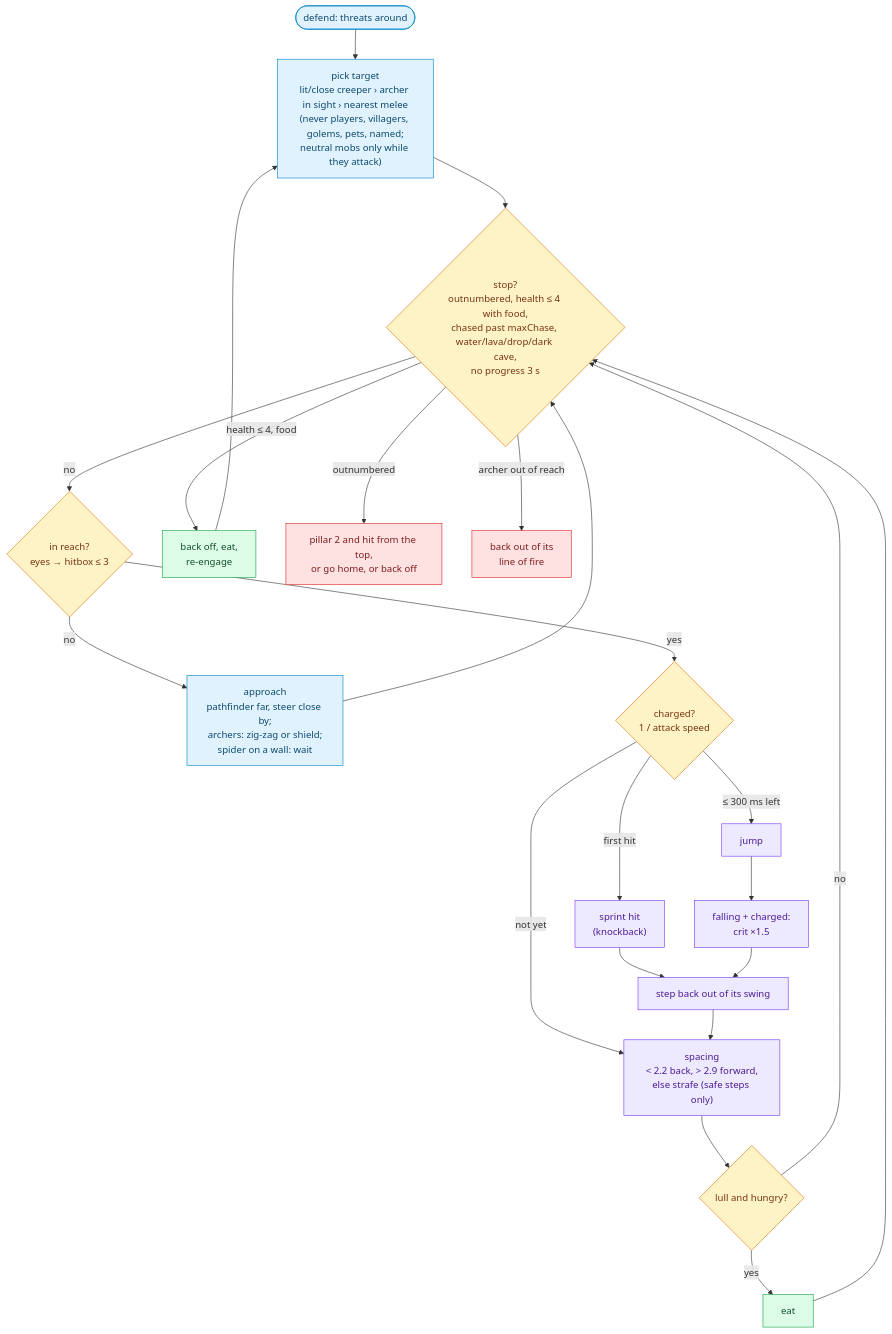
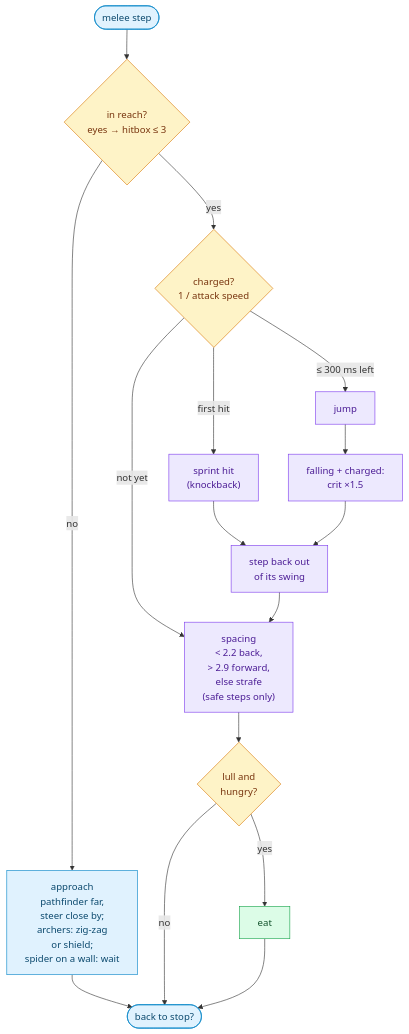
One commit to thereisnotime/golemkit changed the fourth of 5 diagrams in docs/concepts/world.md. Above: the diagram before and after it, drawn with Mermaid. The commit also changed other lines of this file and 20 other files, not shown here.

First line of the commit message:
Docs: replace the last ASCII diagrams with mermaid, make wide charts top-down to fit the column

````diff
--- a/docs/concepts/world.md
+++ b/docs/concepts/world.md
@@ -118,34 +150,26 @@
 ```mermaid
 flowchart TB
-  P(["defend: threats around"]) --> T["pick target<br/>lit/close creeper › archer in sight › nearest melee<br/>(never players, villagers, golems, pets, named;<br/>neutral mobs only while they attack)"]
-  T --> L{"stop?<br/>outnumbered, health ≤ 4 with food,<br/>chased past maxChase, water/lava/drop/dark cave,<br/>no progress 3 s"}
-  L -- no --> R{"in reach?<br/>eyes → hitbox ≤ 3"}
-  R -- no --> A["approach<br/>pathfinder far, steer close by;<br/>archers: zig-zag or shield;<br/>spider on a wall: wait"]
-  A --> L
+  M(["melee step"]) --> R{"in reach?<br/>eyes → hitbox ≤ 3"}
+  R -- no --> A["approach<br/>pathfinder far,<br/>steer close by;<br/>archers: zig-zag<br/>or shield;<br/>spider on a wall: wait"]
   R -- yes --> C{"charged?<br/>1 / attack speed"}
   C -- "first hit" --> SK["sprint hit<br/>(knockback)"]
   C -- "≤ 300 ms left" --> J["jump"]
   J --> F["falling + charged:<br/>crit ×1.5"]
-  C -- "not yet" --> S["spacing<br/>&lt; 2.2 back, &gt; 2.9 forward,<br/>else strafe (safe steps only)"]
-  SK --> B["step back out of its swing"]
+  C -- "not yet" --> S["spacing<br/>&lt; 2.2 back,<br/>&gt; 2.9 forward,<br/>else strafe<br/>(safe steps only)"]
+  SK --> B["step back out<br/>of its swing"]
   F --> B
   B --> S
-  S --> E{"lull and hungry?"}
+  S --> E{"lull and<br/>hungry?"}
   E -- yes --> EAT["eat"]
-  E -- no --> L
-  EAT --> L
-  L -- "health ≤ 4, food" --> H["back off, eat,<br/>re-engage"]
-  L -- outnumbered --> O["pillar 2 and hit from the top,<br/>or go home, or back off"]
-  L -- "archer out of reach" --> LOF["back out of its<br/>line of fire"]
-  H --> T
+  A --> BK(["back to stop?"])
+  E -- no --> BK
+  EAT --> BK
   classDef a fill:#e0f2fe,stroke:#0284c7,color:#0c4a6e
   classDef d fill:#fef3c7,stroke:#d97706,color:#78350f
   classDef g fill:#dcfce7,stroke:#16a34a,color:#14532d
-  classDef r fill:#fee2e2,stroke:#dc2626,color:#7f1d1d
   classDef v fill:#ede9fe,stroke:#7c3aed,color:#4c1d95
-  class P,T,A a
-  class L,R,C,E d
+  class M,A,BK a
+  class R,C,E d
   class SK,J,F,B,S v
-  class EAT,H g
-  class O,LOF r
+  class EAT g
 ```
````
